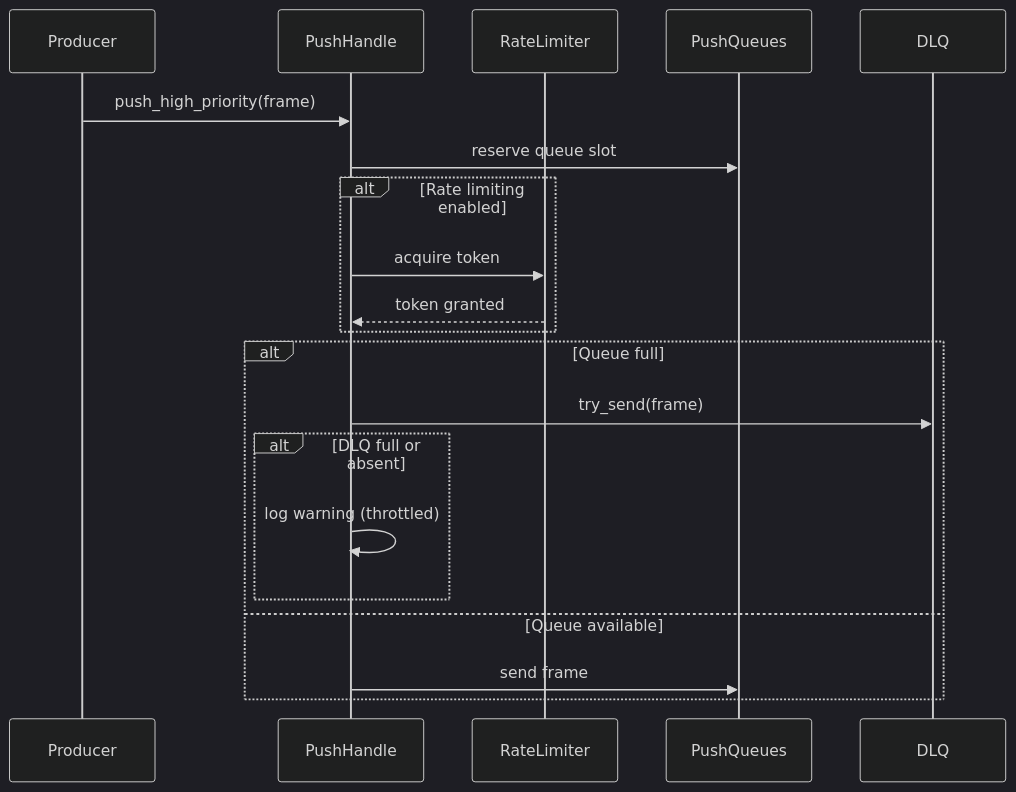
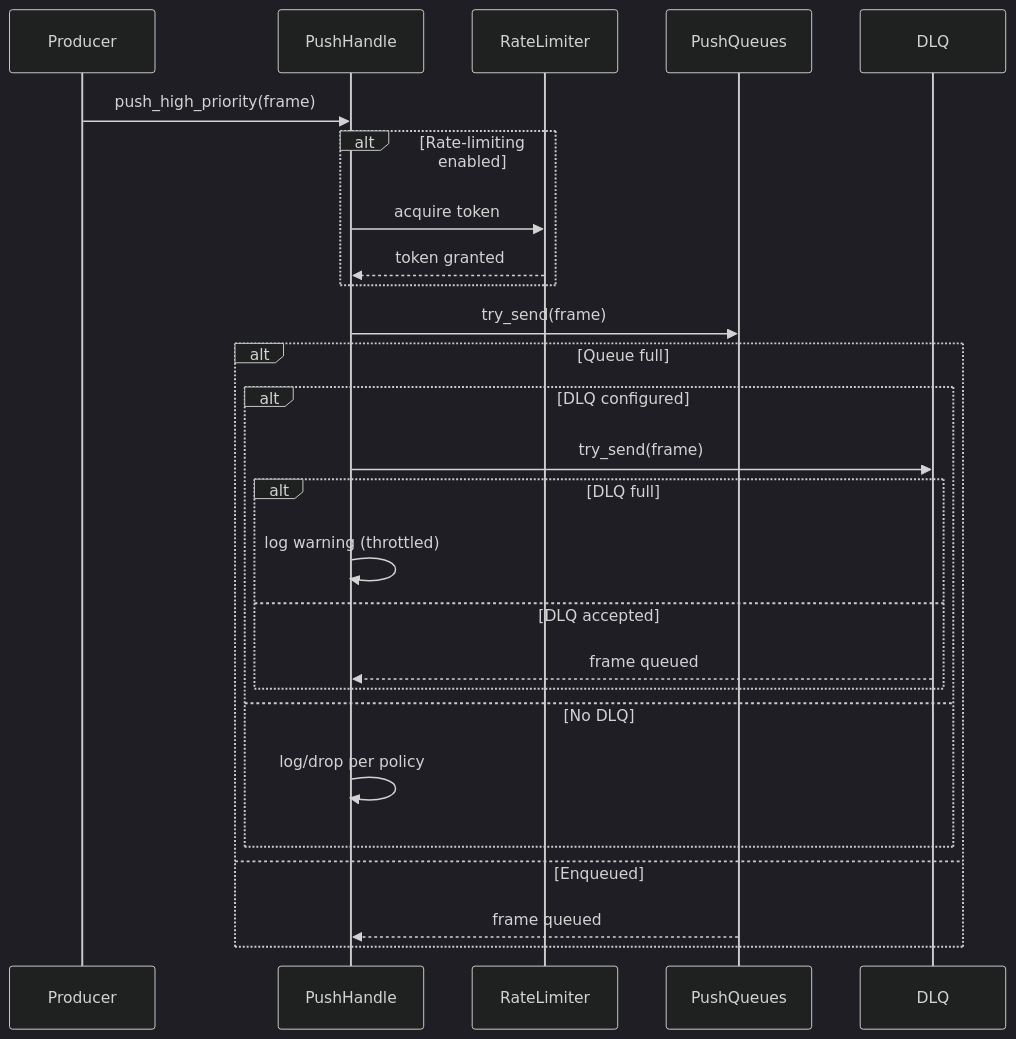
One commit to leynos/wireframe changed the fifth of 16 diagrams in docs/asynchronous-outbound-messaging-design.md. Above: the diagram before and after it, drawn with Mermaid (dark theme). The commit also changed other lines of this file, not shown here.

Commit message:
Refine rate-limited push diagram

````diff
--- a/docs/asynchronous-outbound-messaging-design.md
+++ b/docs/asynchronous-outbound-messaging-design.md
@@ -328,22 +333,28 @@
 ```mermaid
 sequenceDiagram
     participant Producer
     participant PushHandle
     participant RateLimiter
     participant PushQueues
     participant DLQ
     Producer->>PushHandle: push_high_priority(frame)
-    PushHandle->>PushQueues: reserve queue slot
-    alt Rate limiting enabled
+    alt Rate-limiting enabled
         PushHandle->>RateLimiter: acquire token
         RateLimiter-->>PushHandle: token granted
     end
+    PushHandle->>PushQueues: try_send(frame)
     alt Queue full
-        PushHandle->>DLQ: try_send(frame)
-        alt DLQ full or absent
-            PushHandle->>PushHandle: log warning (throttled)
+        alt DLQ configured
+            PushHandle->>DLQ: try_send(frame)
+            alt DLQ full
+                PushHandle->>PushHandle: log warning (throttled)
+            else DLQ accepted
+                DLQ-->>PushHandle: frame queued
+            end
+        else No DLQ
+            PushHandle->>PushHandle: log/drop per policy
         end
-    else Queue available
-        PushHandle->>PushQueues: send frame
+    else Enqueued
+        PushQueues-->>PushHandle: frame queued
     end
 ```
````
